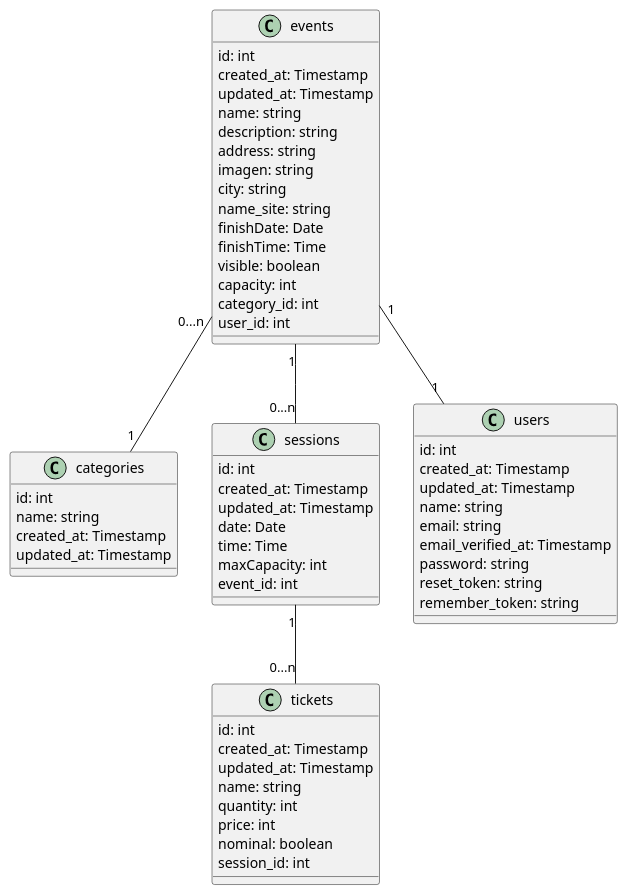
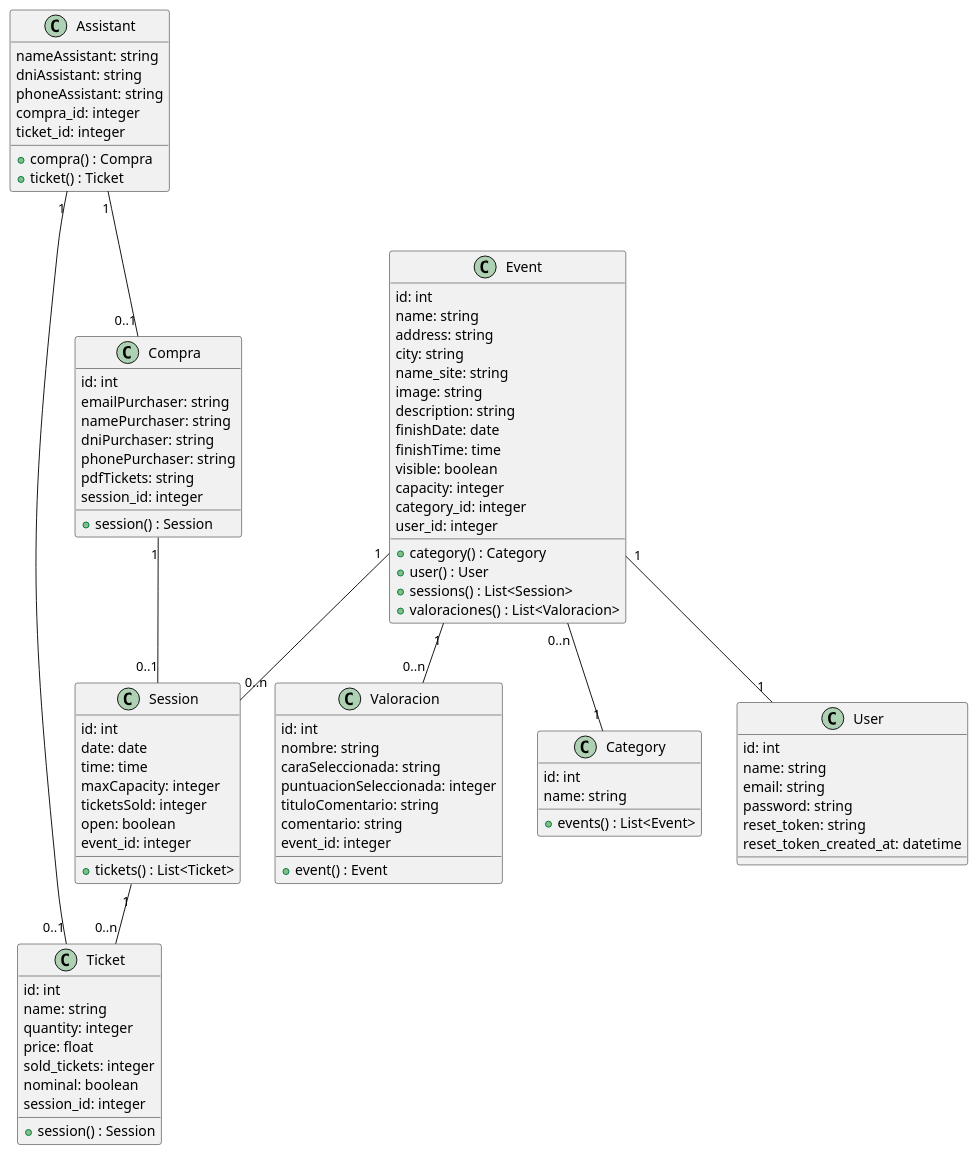
Before and after one commit to andresrojasalzate/TicketPlanet: the diagram in docs/Memoria.adoc, drawn with PlantUML. The commit also changed other lines of this file, not shown here.

Commit message:
Añadido diagrama de clases, quitado apartado planificacion y seguimiento Memoria.adoc

```diff
--- a/docs/Memoria.adoc
+++ b/docs/Memoria.adoc
@@ -184,67 +42,111 @@
 [plantuml,,png]
 ----
 
-class events{
-id: int 
-created_at: Timestamp
-updated_at: Timestamp
-name: string
-description: string
-address: string
-imagen: string   
-city: string
-name_site: string  
-finishDate: Date
-finishTime: Time
-visible: boolean
-capacity: int
-category_id: int
-user_id: int     
-}
-
-class categories{
-id: int                      
-name: string
-created_at: Timestamp
-updated_at: Timestamp
-}
-
-class sessions{
-id: int  
-created_at: Timestamp
-updated_at: Timestamp
-date: Date
-time: Time
-maxCapacity: int
-event_id: int
-}
-
-class tickets{
-id: int      
-created_at: Timestamp
-updated_at: Timestamp
-name: string
-quantity: int
-price: int
-nominal: boolean
-session_id: int
-}   
-
-class users{
-id: int      
-created_at: Timestamp
-updated_at: Timestamp
-name: string
-email: string
-email_verified_at: Timestamp
-password: string
-reset_token: string
-remember_token: string
-} 
-
-
-events "0...n" -- "1" categories 
-events "1" -- "1" users 
-events "1" -- "0...n" sessions
-sessions "1" -- "0...n" tickets 
+class Assistant {
+        nameAssistant: string
+        dniAssistant: string
+        phoneAssistant: string
+        compra_id: integer
+        ticket_id: integer
+        
+        + compra() : Compra
+        + ticket() : Ticket
+    }
+    
+    class Category {
+        id: int
+        name: string
+        
+        + events() : List<Event>    
+    }
+    
+    class Compra {
+        id: int
+        emailPurchaser: string
+        namePurchaser: string
+        dniPurchaser: string
+        phonePurchaser: string
+        pdfTickets: string
+        session_id: integer
+        
+        + session() : Session
+    }
+    
+    class Event {
+        id: int
+        name: string
+        address: string
+        city: string
+        name_site: string
+        image: string
+        description: string
+        finishDate: date
+        finishTime: time
+        visible: boolean
+        capacity: integer
+        category_id: integer
+        user_id: integer
+        
+        + category() : Category
+        + user() : User
+        + sessions() : List<Session>
+        + valoraciones() : List<Valoracion>
+    }
+    
+    class Session {
+        id: int
+        date: date
+        time: time
+        maxCapacity: integer
+        ticketsSold: integer
+        open: boolean
+        event_id: integer
+        
+         + tickets() : List<Ticket>
+    }
+    
+    class Ticket {
+        id: int
+        name: string
+        quantity: integer
+        price: float
+        sold_tickets: integer
+        nominal: boolean
+        session_id: integer
+        
+        + session() : Session
+    }
+    
+    class User {
+        id: int
+        name: string
+        email: string
+        password: string
+        reset_token: string
+        reset_token_created_at: datetime
+    }
+    
+    class Valoracion {
+        id: int
+        nombre: string
+        caraSeleccionada: string
+        puntuacionSeleccionada: integer
+        tituloComentario: string
+        comentario: string
+        event_id: integer
+        
+        + event() : Event
+    }
+    
+    Assistant "1" -- "0..1" Compra
+    Assistant "1" -- "0..1" Ticket
+    
+    Compra "1" -- "0..1" Session
+    
+    Event "0..n" -- "1" Category
+    Event "1" -- "1" User
+    Event "1" -- "0..n" Session
+    Event "1" -- "0..n" Valoracion
+    
+    Session "1" -- "0..n" Ticket
 ----
```
